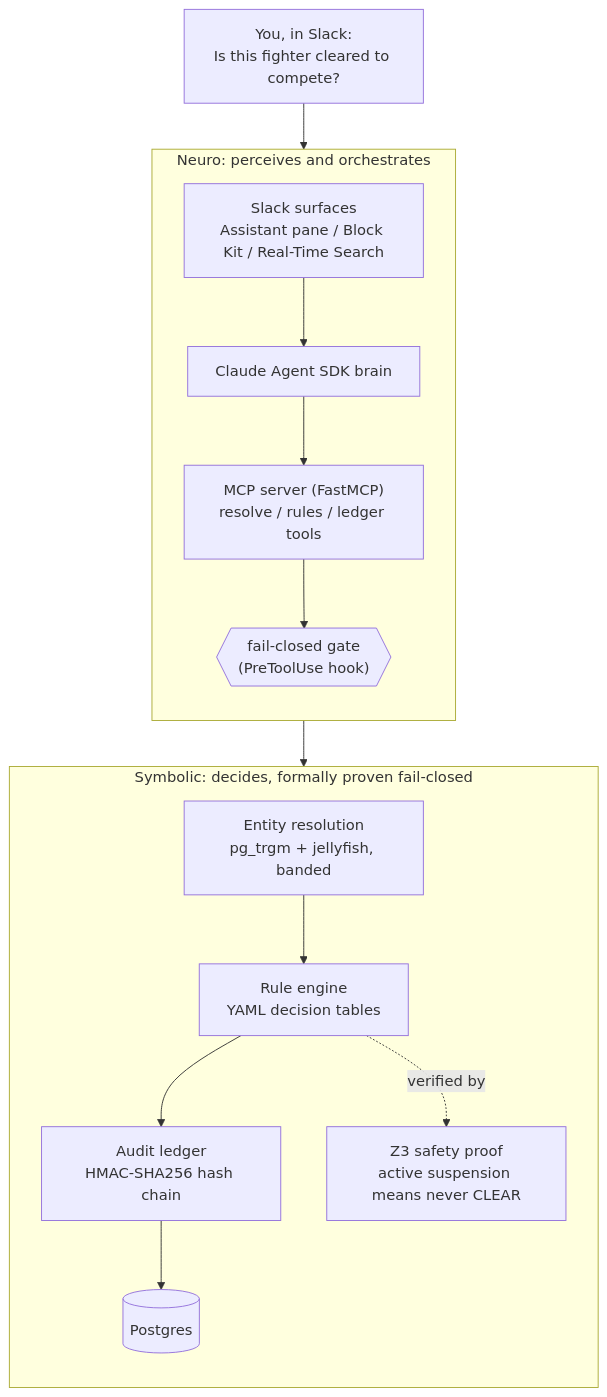
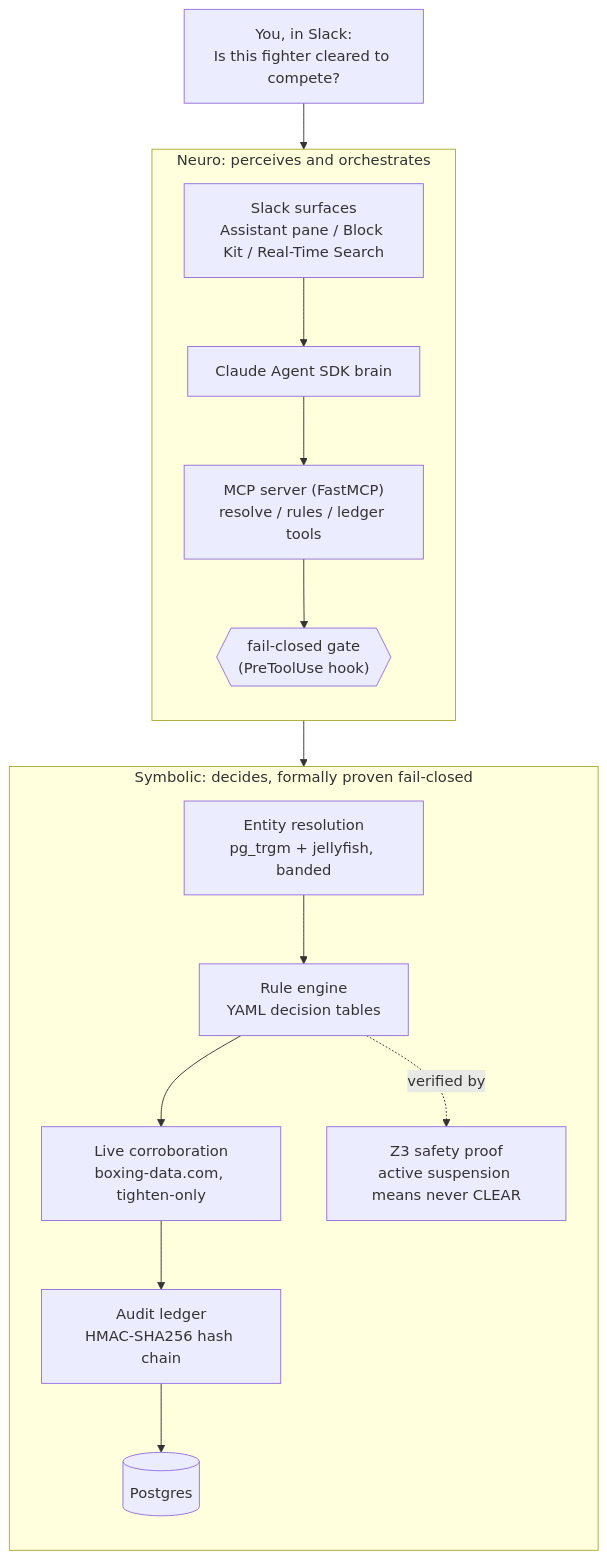
One commit to StephenSook/cornercheck changed the diagram in README.md. Above: the diagram before and after it, drawn with Mermaid. The commit also changed other lines of this file and 16 other files, not shown here.

First line of the commit message:
feat: live boxing-data.com corroboration, a second source that can only tighten

````diff
--- a/README.md
+++ b/README.md
@@ -63,27 +63,28 @@
 ```mermaid
 flowchart TD
     U["You, in Slack:<br/>Is this fighter cleared to compete?"]
     U --> S
 
     subgraph NEURO["Neuro: perceives and orchestrates"]
       direction TB
       S["Slack surfaces<br/>Assistant pane / Block Kit / Real-Time Search"]
       A["Claude Agent SDK brain"]
       M["MCP server (FastMCP)<br/>resolve / rules / ledger tools"]
       G{{"fail-closed gate<br/>(PreToolUse hook)"}}
       S --> A --> M --> G
     end
 
     subgraph SYM["Symbolic: decides, formally proven fail-closed"]
       direction TB
       ER["Entity resolution<br/>pg_trgm + jellyfish, banded"]
       RE["Rule engine<br/>YAML decision tables"]
+      CORR["Live corroboration<br/>boxing-data.com, tighten-only"]
       Z["Z3 safety proof<br/>active suspension means never CLEAR"]
       L["Audit ledger<br/>HMAC-SHA256 hash chain"]
       DB[("Postgres")]
-      ER --> RE --> L --> DB
+      ER --> RE --> CORR --> L --> DB
       RE -. verified by .-> Z
     end
 
     G --> ER
 ```
````
